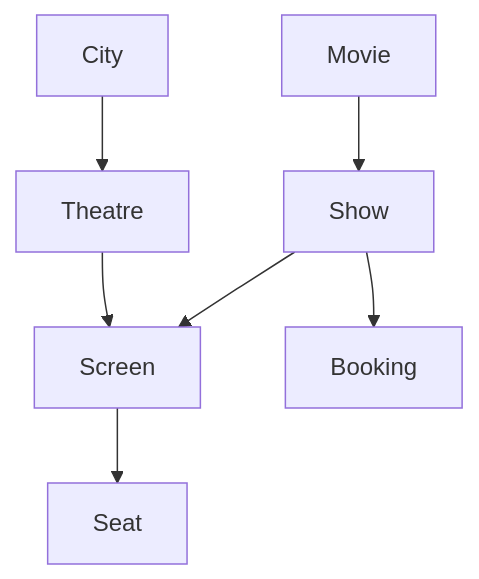
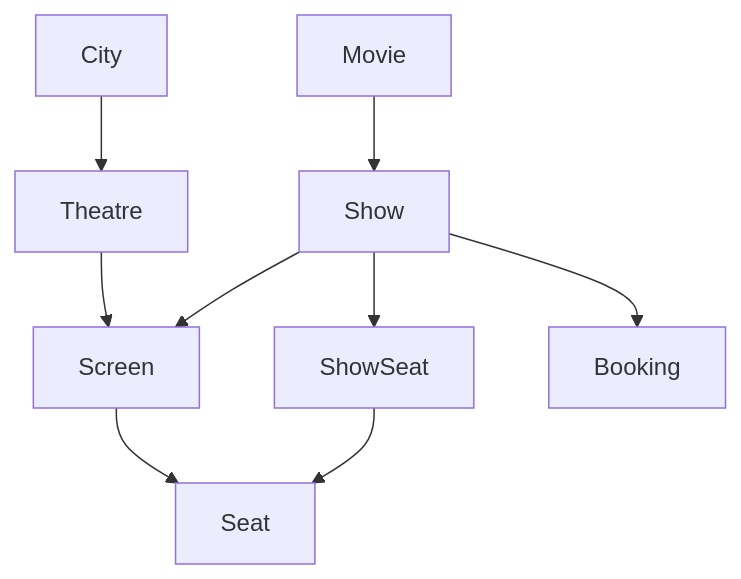
Before and after one commit to Shravan-509/BookMyShow: the second of 12 diagrams in docs/ARCHITECTURE.md, drawn with Mermaid. The commit also changed other lines of this file and 10 other files, not shown here.

````diff
--- a/docs/ARCHITECTURE.md
+++ b/docs/ARCHITECTURE.md
@@ -122,9 +122,11 @@
 ```mermaid
 flowchart TD
     City["City"] --> Theatre["Theatre"]
     Theatre --> Screen["Screen"]
     Screen --> Seat["Seat"]
     Movie["Movie"] --> Show["Show"]
     Show --> Screen
+    Show --> ShowSeat["ShowSeat"]
+    ShowSeat --> Seat
     Show --> Booking["Booking"]
 ```
````
